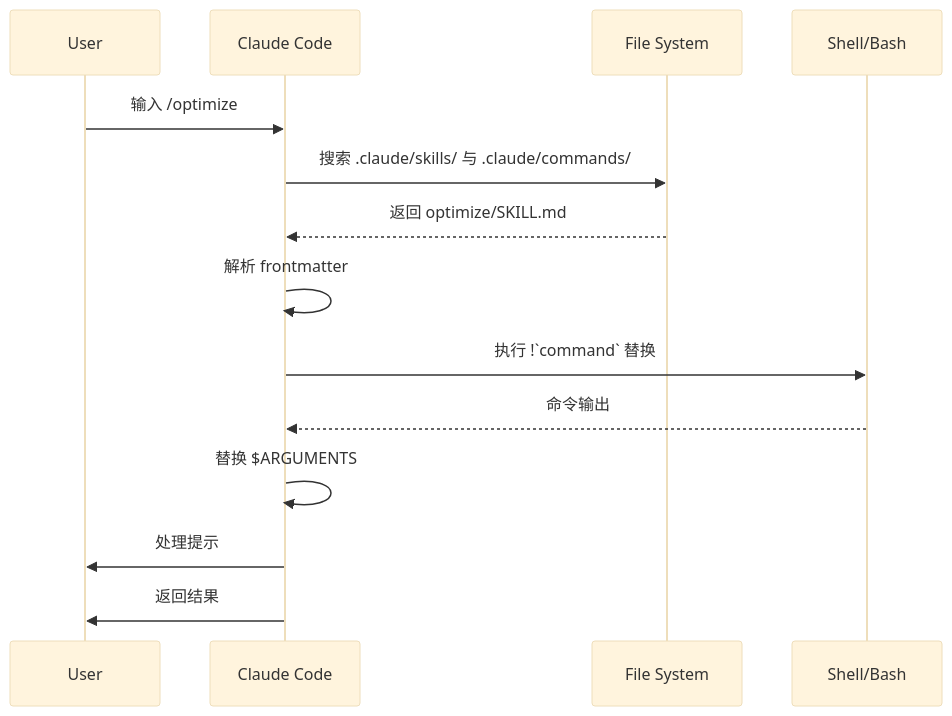
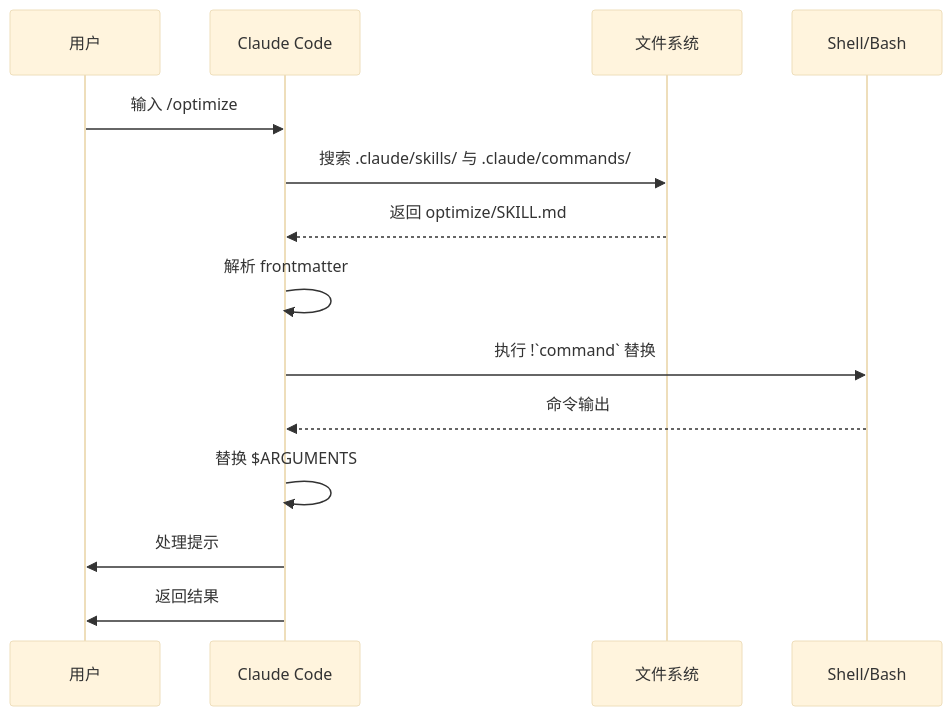
Before and after one commit to wgqi1126/claude-howto-zh-cn: the second of 2 diagrams in 01-slash-commands/README.md, drawn with Mermaid (base theme). The commit also changed other lines of this file and 49 other files, not shown here.

````diff
--- a/01-slash-commands/README.md
+++ b/01-slash-commands/README.md
@@ -353,17 +353,17 @@
 ```mermaid
 sequenceDiagram
-    participant User
+    participant User as 用户
     participant Claude as Claude Code
-    participant FS as File System
+    participant FS as 文件系统
     participant CLI as Shell/Bash
 
     User->>Claude: 输入 /optimize
     Claude->>FS: 搜索 .claude/skills/ 与 .claude/commands/
     FS-->>Claude: 返回 optimize/SKILL.md
     Claude->>Claude: 解析 frontmatter
     Claude->>CLI: 执行 !`command` 替换
     CLI-->>Claude: 命令输出
     Claude->>Claude: 替换 $ARGUMENTS
     Claude->>User: 处理提示
     Claude->>User: 返回结果
 ```
````
